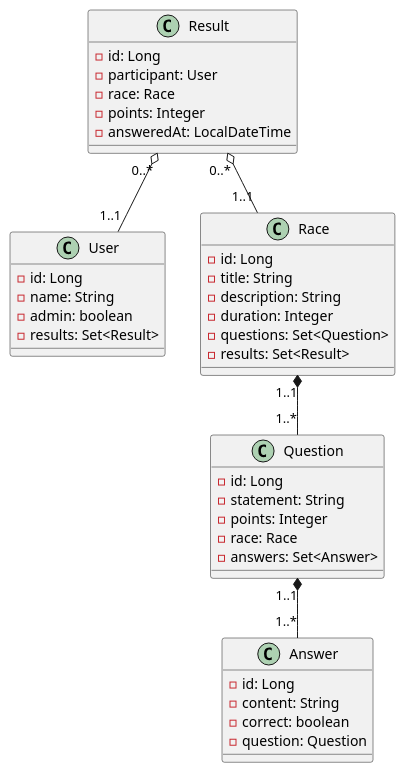
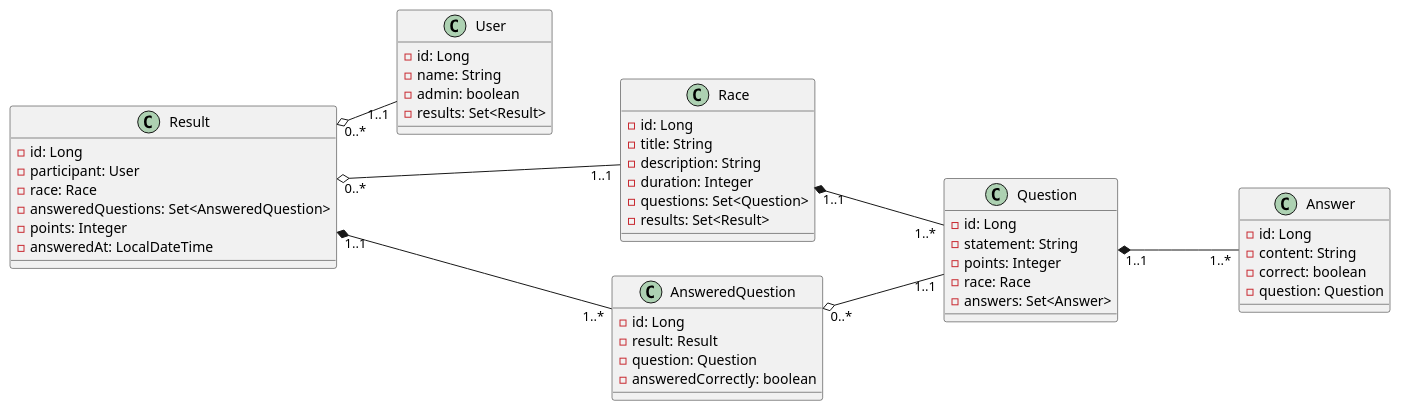
One commit to araujofs/questions-project changed the diagram in model.puml. Above: the diagram before and after it, drawn with PlantUML.

Commit message:
fix: fix puml model

```diff
--- a/model.puml
+++ b/model.puml
@@ -1,48 +1,60 @@
 @startuml main
+  left to right direction
 
   class "User" as u {
     - id: Long
     - name: String
     - admin: boolean
     - results: Set<Result>
   }
 
   class "Race" as r {
     - id: Long
     - title: String
     - description: String
     - duration: Integer
     - questions: Set<Question>
     - results: Set<Result>
   }
 
   class "Question" as q {
     - id: Long
     - statement: String
     - points: Integer
     - race: Race
     - answers: Set<Answer>
   }
 
   class "Answer" as a {
     - id: Long
     - content: String
     - correct: boolean
     - question: Question
   }
 
   class "Result" as re {
     - id: Long
     - participant: User
     - race: Race
+    - answeredQuestions: Set<AnsweredQuestion>
     - points: Integer
     - answeredAt: LocalDateTime
   }
 
-  r "1..1" *-- "1..*" q
-  q "1..1" *-- "1..*" a
+  class "AnsweredQuestion" as aq {
+    - id: Long
+    - result: Result
+    - question: Question
+    - answeredCorrectly: boolean
+  }
+
+  r "1..1" *--- "1..*" q
+  q "1..1" *--- "1..*" a
 
   re "0..*" o-- "1..1" u
-  re "0..*" o-- "1..1" r
+  re "0..*" o--- "1..1" r
+
+  re "1..1" *-- "1..*" aq
+  aq "0..*" o--- "1..1" q
 
 @enduml
```
